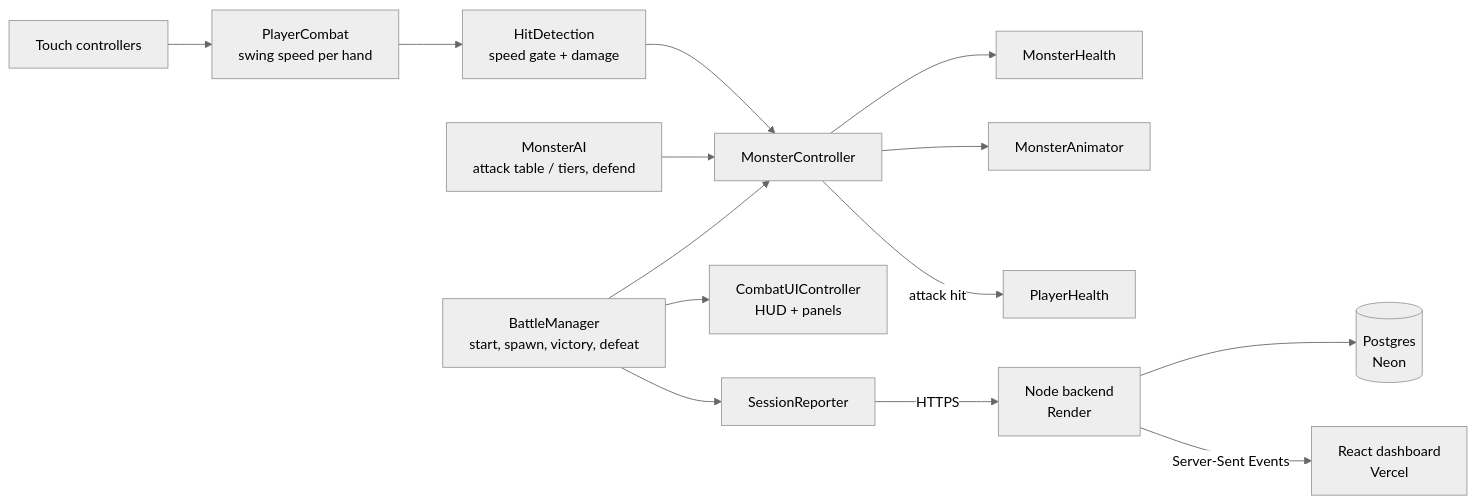
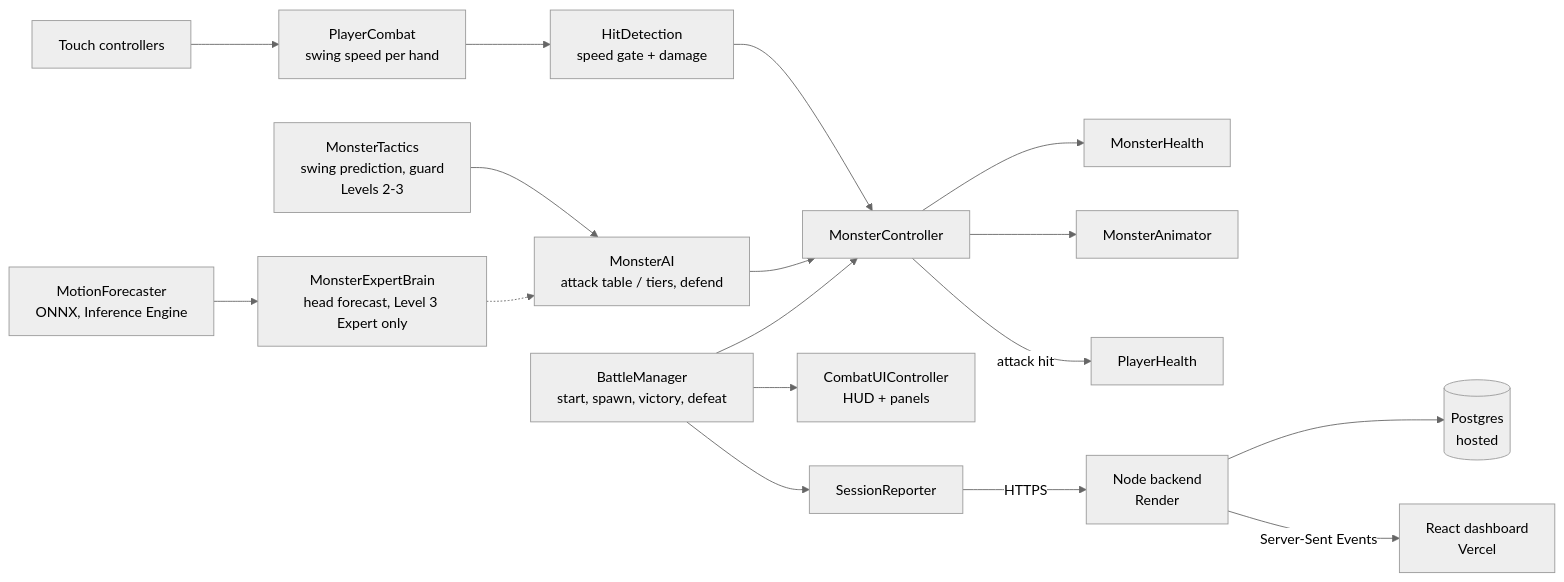
Before and after one commit to dabster108/S.T.R.I.K.E.F.I.T: the diagram in README.md, drawn with Mermaid (neutral theme). The commit also changed other lines of this file and 127 other files, not shown here.

````diff
--- a/README.md
+++ b/README.md
@@ -239,16 +313,19 @@
 ```mermaid
 flowchart LR
     C[Touch controllers] --> PC[PlayerCombat<br/>swing speed per hand]
     PC --> HD[HitDetection<br/>speed gate + damage]
     HD --> MC[MonsterController]
     MC --> MH[MonsterHealth]
     AI[MonsterAI<br/>attack table / tiers, defend] --> MC
+    MT[MonsterTactics<br/>swing prediction, guard<br/>Levels 2-3] --> AI
+    EX[MonsterExpertBrain<br/>head forecast, Level 3 Expert only] -.-> AI
+    FC[MotionForecaster<br/>ONNX, Inference Engine] --> EX
     MC --> MA[MonsterAnimator]
     MC -->|attack hit| PH[PlayerHealth]
     BM[BattleManager<br/>start, spawn, victory, defeat] --> MC
     BM --> UI[CombatUIController<br/>HUD + panels]
     BM --> SR[SessionReporter]
     SR -->|HTTPS| BE[Node backend<br/>Render]
-    BE --> PG[(Postgres<br/>Neon)]
+    BE --> PG[(Postgres<br/>hosted)]
     BE -->|Server-Sent Events| DB[React dashboard<br/>Vercel]
 ```
````
